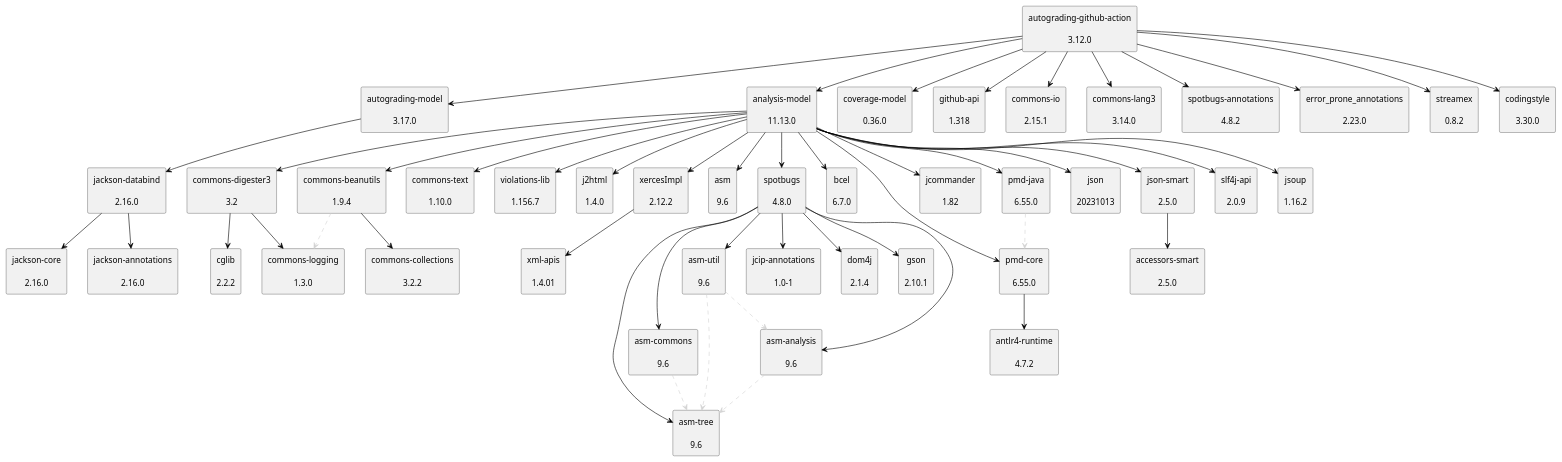
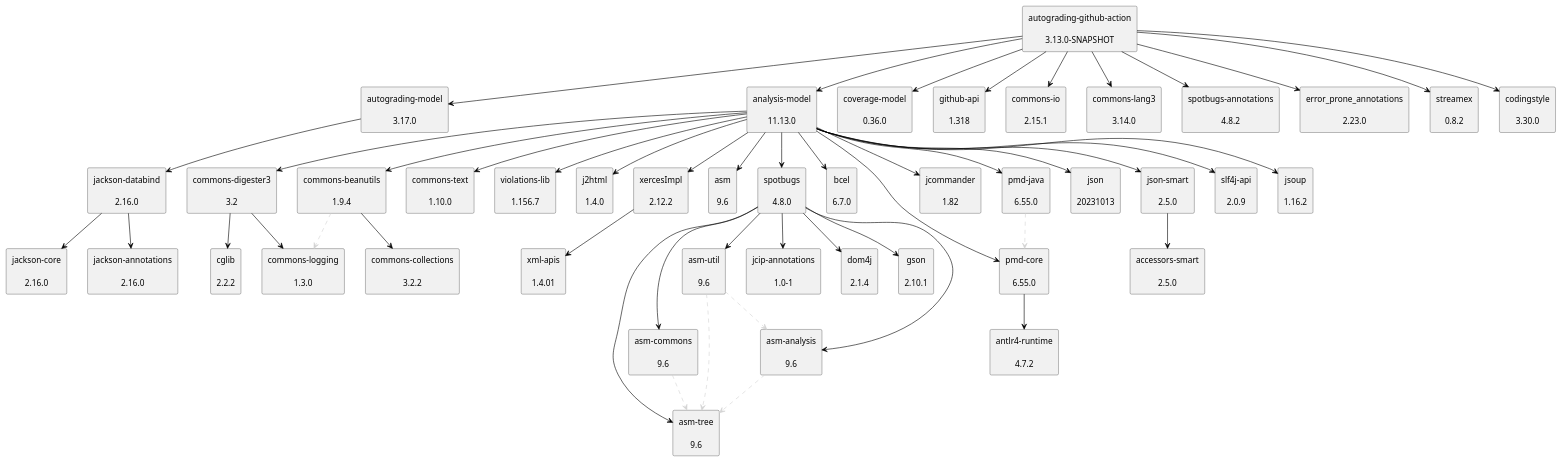
Before and after one commit to uhafner/autograding-github-action: the diagram in doc/dependency-graph.puml, drawn with PlantUML. The commit also changed 3 other files, not shown here.

```diff
--- a/doc/dependency-graph.puml
+++ b/doc/dependency-graph.puml
@@ -1,100 +1,100 @@
 @startuml
 skinparam defaultTextAlignment center
 skinparam rectangle {
   BackgroundColor<<optional>> beige
   BackgroundColor<<test>> lightGreen
   BackgroundColor<<runtime>> lightBlue
   BackgroundColor<<provided>> lightGray
 }
 rectangle "jackson-databind\n\n2.16.0" as com_fasterxml_jackson_core_jackson_databind_jar
 rectangle "jackson-annotations\n\n2.16.0" as com_fasterxml_jackson_core_jackson_annotations_jar
 rectangle "jackson-core\n\n2.16.0" as com_fasterxml_jackson_core_jackson_core_jar
 rectangle "autograding-model\n\n3.17.0" as edu_hm_hafner_autograding_model_jar
-rectangle "autograding-github-action\n\n3.12.0" as edu_hm_hafner_autograding_github_action_jar
+rectangle "autograding-github-action\n\n3.13.0-SNAPSHOT" as edu_hm_hafner_autograding_github_action_jar
 rectangle "analysis-model\n\n11.13.0" as edu_hm_hafner_analysis_model_jar
 rectangle "jsoup\n\n1.16.2" as org_jsoup_jsoup_jar
 rectangle "commons-digester3\n\n3.2" as org_apache_commons_commons_digester3_jar
 rectangle "cglib\n\n2.2.2" as cglib_cglib_jar
 rectangle "commons-logging\n\n1.3.0" as commons_logging_commons_logging_jar
 rectangle "commons-beanutils\n\n1.9.4" as commons_beanutils_commons_beanutils_jar
 rectangle "commons-collections\n\n3.2.2" as commons_collections_commons_collections_jar
 rectangle "commons-text\n\n1.10.0" as org_apache_commons_commons_text_jar
 rectangle "violations-lib\n\n1.156.7" as se_bjurr_violations_violations_lib_jar
 rectangle "j2html\n\n1.4.0" as com_j2html_j2html_jar
 rectangle "xercesImpl\n\n2.12.2" as xerces_xercesImpl_jar
 rectangle "xml-apis\n\n1.4.01" as xml_apis_xml_apis_jar
 rectangle "asm\n\n9.6" as org_ow2_asm_asm_jar
 rectangle "asm-analysis\n\n9.6" as org_ow2_asm_asm_analysis_jar
 rectangle "asm-tree\n\n9.6" as org_ow2_asm_asm_tree_jar
 rectangle "spotbugs\n\n4.8.0" as com_github_spotbugs_spotbugs_jar
 rectangle "asm-commons\n\n9.6" as org_ow2_asm_asm_commons_jar
 rectangle "asm-util\n\n9.6" as org_ow2_asm_asm_util_jar
 rectangle "jcip-annotations\n\n1.0-1" as com_github_stephenc_jcip_jcip_annotations_jar
 rectangle "dom4j\n\n2.1.4" as org_dom4j_dom4j_jar
 rectangle "gson\n\n2.10.1" as com_google_code_gson_gson_jar
 rectangle "bcel\n\n6.7.0" as org_apache_bcel_bcel_jar
 rectangle "pmd-core\n\n6.55.0" as net_sourceforge_pmd_pmd_core_jar
 rectangle "antlr4-runtime\n\n4.7.2" as org_antlr_antlr4_runtime_jar
 rectangle "jcommander\n\n1.82" as com_beust_jcommander_jar
 rectangle "pmd-java\n\n6.55.0" as net_sourceforge_pmd_pmd_java_jar
 rectangle "json\n\n20231013" as org_json_json_jar
 rectangle "json-smart\n\n2.5.0" as net_minidev_json_smart_jar
 rectangle "accessors-smart\n\n2.5.0" as net_minidev_accessors_smart_jar
 rectangle "slf4j-api\n\n2.0.9" as org_slf4j_slf4j_api_jar
 rectangle "coverage-model\n\n0.36.0" as edu_hm_hafner_coverage_model_jar
 rectangle "github-api\n\n1.318" as org_kohsuke_github_api_jar
 rectangle "commons-io\n\n2.15.1" as commons_io_commons_io_jar
 rectangle "commons-lang3\n\n3.14.0" as org_apache_commons_commons_lang3_jar
 rectangle "spotbugs-annotations\n\n4.8.2" as com_github_spotbugs_spotbugs_annotations_jar
 rectangle "error_prone_annotations\n\n2.23.0" as com_google_errorprone_error_prone_annotations_jar
 rectangle "streamex\n\n0.8.2" as one_util_streamex_jar
 rectangle "codingstyle\n\n3.30.0" as edu_hm_hafner_codingstyle_jar
 com_fasterxml_jackson_core_jackson_databind_jar -[#000000]-> com_fasterxml_jackson_core_jackson_annotations_jar
 com_fasterxml_jackson_core_jackson_databind_jar -[#000000]-> com_fasterxml_jackson_core_jackson_core_jar
 edu_hm_hafner_autograding_model_jar -[#000000]-> com_fasterxml_jackson_core_jackson_databind_jar
 edu_hm_hafner_autograding_github_action_jar -[#000000]-> edu_hm_hafner_autograding_model_jar
 edu_hm_hafner_analysis_model_jar -[#000000]-> org_jsoup_jsoup_jar
 org_apache_commons_commons_digester3_jar -[#000000]-> cglib_cglib_jar
 org_apache_commons_commons_digester3_jar -[#000000]-> commons_logging_commons_logging_jar
 edu_hm_hafner_analysis_model_jar -[#000000]-> org_apache_commons_commons_digester3_jar
 commons_beanutils_commons_beanutils_jar .[#D3D3D3].> commons_logging_commons_logging_jar
 commons_beanutils_commons_beanutils_jar -[#000000]-> commons_collections_commons_collections_jar
 edu_hm_hafner_analysis_model_jar -[#000000]-> commons_beanutils_commons_beanutils_jar
 edu_hm_hafner_analysis_model_jar -[#000000]-> org_apache_commons_commons_text_jar
 edu_hm_hafner_analysis_model_jar -[#000000]-> se_bjurr_violations_violations_lib_jar
 edu_hm_hafner_analysis_model_jar -[#000000]-> com_j2html_j2html_jar
 xerces_xercesImpl_jar -[#000000]-> xml_apis_xml_apis_jar
 edu_hm_hafner_analysis_model_jar -[#000000]-> xerces_xercesImpl_jar
 edu_hm_hafner_analysis_model_jar -[#000000]-> org_ow2_asm_asm_jar
 org_ow2_asm_asm_analysis_jar .[#D3D3D3].> org_ow2_asm_asm_tree_jar
 com_github_spotbugs_spotbugs_jar -[#000000]-> org_ow2_asm_asm_analysis_jar
 org_ow2_asm_asm_commons_jar .[#D3D3D3].> org_ow2_asm_asm_tree_jar
 com_github_spotbugs_spotbugs_jar -[#000000]-> org_ow2_asm_asm_commons_jar
 com_github_spotbugs_spotbugs_jar -[#000000]-> org_ow2_asm_asm_tree_jar
 org_ow2_asm_asm_util_jar .[#D3D3D3].> org_ow2_asm_asm_tree_jar
 org_ow2_asm_asm_util_jar .[#D3D3D3].> org_ow2_asm_asm_analysis_jar
 com_github_spotbugs_spotbugs_jar -[#000000]-> org_ow2_asm_asm_util_jar
 com_github_spotbugs_spotbugs_jar -[#000000]-> com_github_stephenc_jcip_jcip_annotations_jar
 com_github_spotbugs_spotbugs_jar -[#000000]-> org_dom4j_dom4j_jar
 com_github_spotbugs_spotbugs_jar -[#000000]-> com_google_code_gson_gson_jar
 edu_hm_hafner_analysis_model_jar -[#000000]-> com_github_spotbugs_spotbugs_jar
 edu_hm_hafner_analysis_model_jar -[#000000]-> org_apache_bcel_bcel_jar
 net_sourceforge_pmd_pmd_core_jar -[#000000]-> org_antlr_antlr4_runtime_jar
 edu_hm_hafner_analysis_model_jar -[#000000]-> net_sourceforge_pmd_pmd_core_jar
 edu_hm_hafner_analysis_model_jar -[#000000]-> com_beust_jcommander_jar
 net_sourceforge_pmd_pmd_java_jar .[#D3D3D3].> net_sourceforge_pmd_pmd_core_jar
 edu_hm_hafner_analysis_model_jar -[#000000]-> net_sourceforge_pmd_pmd_java_jar
 edu_hm_hafner_analysis_model_jar -[#000000]-> org_json_json_jar
 net_minidev_json_smart_jar -[#000000]-> net_minidev_accessors_smart_jar
 edu_hm_hafner_analysis_model_jar -[#000000]-> net_minidev_json_smart_jar
 edu_hm_hafner_analysis_model_jar -[#000000]-> org_slf4j_slf4j_api_jar
 edu_hm_hafner_autograding_github_action_jar -[#000000]-> edu_hm_hafner_analysis_model_jar
 edu_hm_hafner_autograding_github_action_jar -[#000000]-> edu_hm_hafner_coverage_model_jar
 edu_hm_hafner_autograding_github_action_jar -[#000000]-> org_kohsuke_github_api_jar
 edu_hm_hafner_autograding_github_action_jar -[#000000]-> commons_io_commons_io_jar
 edu_hm_hafner_autograding_github_action_jar -[#000000]-> org_apache_commons_commons_lang3_jar
 edu_hm_hafner_autograding_github_action_jar -[#000000]-> com_github_spotbugs_spotbugs_annotations_jar
 edu_hm_hafner_autograding_github_action_jar -[#000000]-> com_google_errorprone_error_prone_annotations_jar
 edu_hm_hafner_autograding_github_action_jar -[#000000]-> one_util_streamex_jar
 edu_hm_hafner_autograding_github_action_jar -[#000000]-> edu_hm_hafner_codingstyle_jar
 @enduml
```
